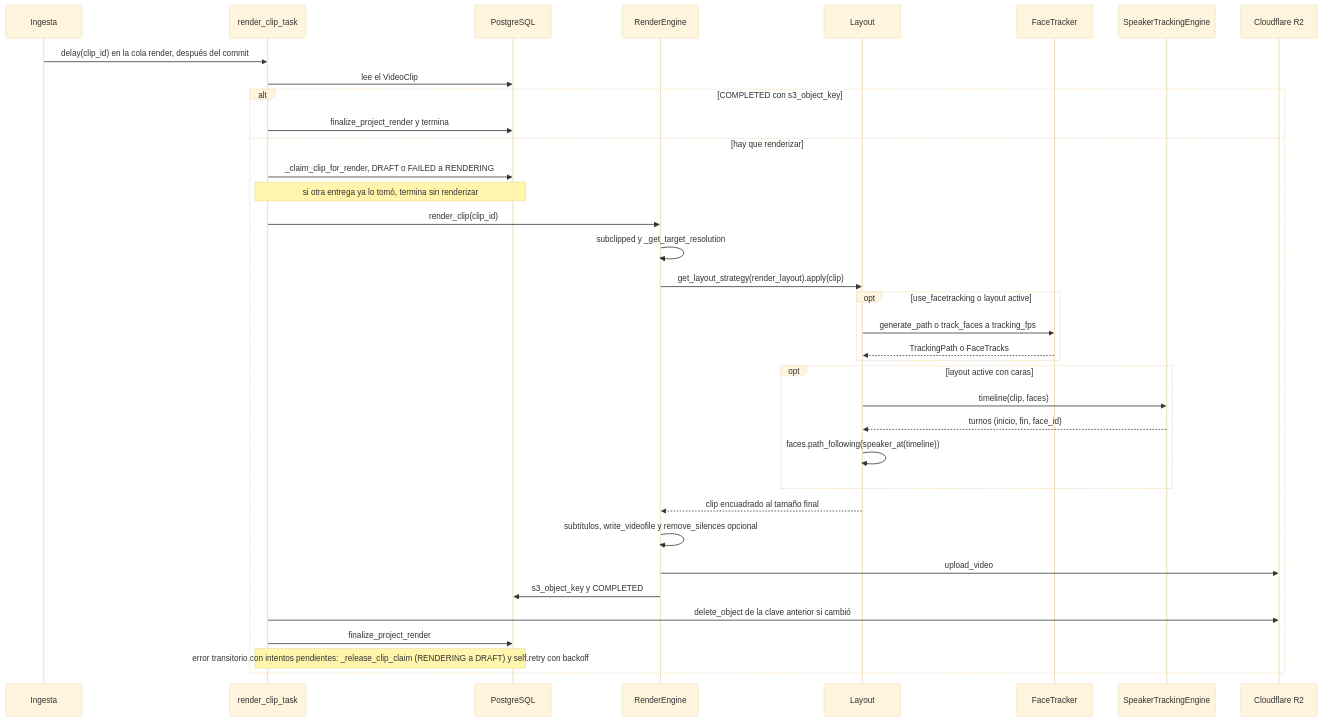
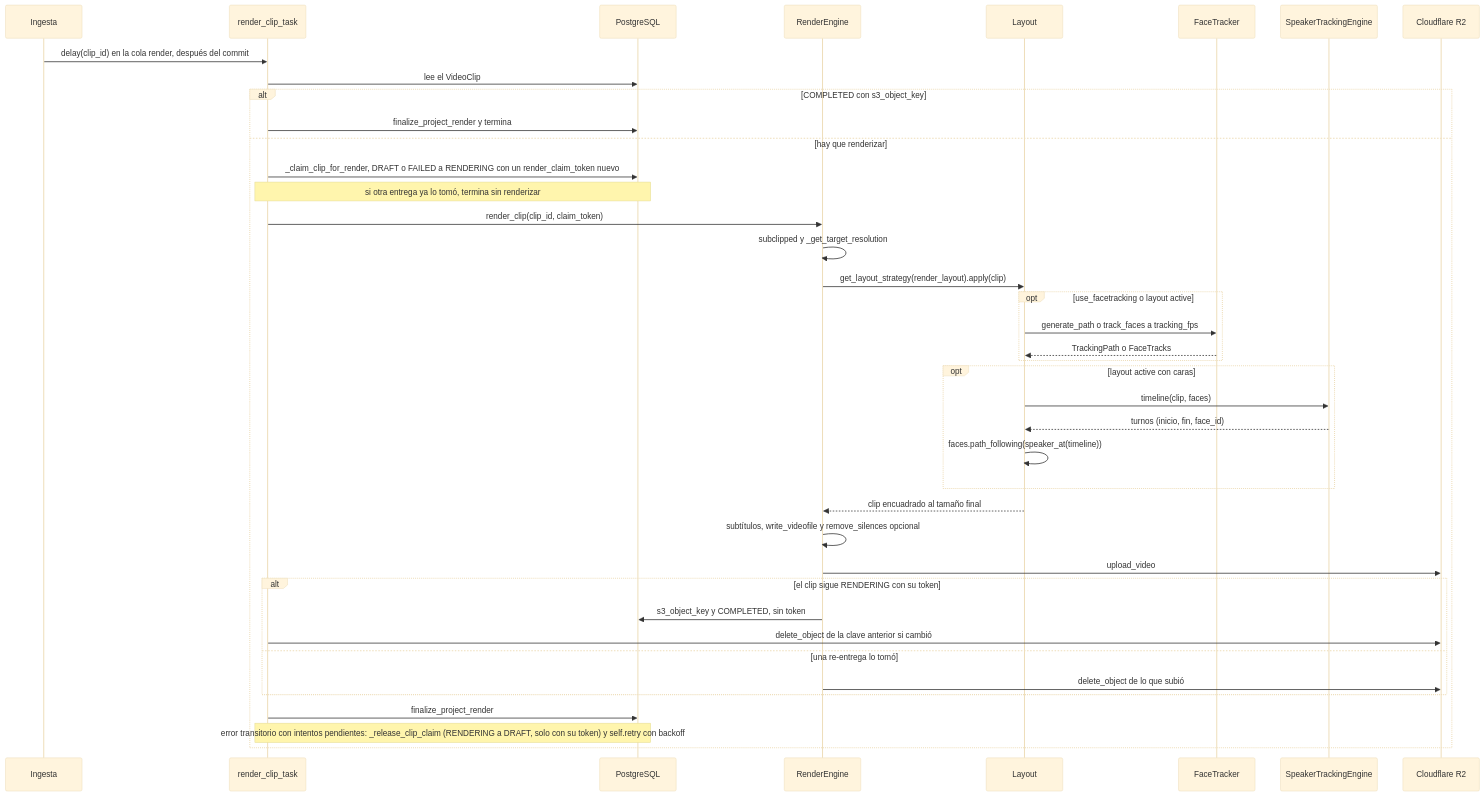
One commit to RomeKai/videoeditUTN changed the first of 4 diagrams in documents/ia/06-render-caras-y-hablante.md. Above: the diagram before and after it, drawn with Mermaid (base theme). The commit also changed other lines of this file and 14 other files, not shown here.

First line of the commit message:
fix(render): el render por clip tiene dueño y un tope de renders que no terminan

````diff
--- a/documents/ia/06-render-caras-y-hablante.md
+++ b/documents/ia/06-render-caras-y-hablante.md
@@ -27,39 +27,43 @@
 ```mermaid
 sequenceDiagram
     participant ING as Ingesta
     participant T as render_clip_task
     participant DB as PostgreSQL
     participant RE as RenderEngine
     participant L as Layout
     participant FT as FaceTracker
     participant SP as SpeakerTrackingEngine
     participant R2 as Cloudflare R2
 
     ING->>T: delay(clip_id) en la cola render, después del commit
     T->>DB: lee el VideoClip
     alt COMPLETED con s3_object_key
         T->>DB: finalize_project_render y termina
     else hay que renderizar
-        T->>DB: _claim_clip_for_render, DRAFT o FAILED a RENDERING
+        T->>DB: _claim_clip_for_render, DRAFT o FAILED a RENDERING con un render_claim_token nuevo
         Note over T,DB: si otra entrega ya lo tomó, termina sin renderizar
-        T->>RE: render_clip(clip_id)
+        T->>RE: render_clip(clip_id, claim_token)
         RE->>RE: subclipped y _get_target_resolution
         RE->>L: get_layout_strategy(render_layout).apply(clip)
         opt use_facetracking o layout active
             L->>FT: generate_path o track_faces a tracking_fps
             FT-->>L: TrackingPath o FaceTracks
         end
         opt layout active con caras
             L->>SP: timeline(clip, faces)
             SP-->>L: turnos (inicio, fin, face_id)
             L->>L: faces.path_following(speaker_at(timeline))
         end
         L-->>RE: clip encuadrado al tamaño final
         RE->>RE: subtítulos, write_videofile y remove_silences opcional
         RE->>R2: upload_video
-        RE->>DB: s3_object_key y COMPLETED
-        T->>R2: delete_object de la clave anterior si cambió
+        alt el clip sigue RENDERING con su token
+            RE->>DB: s3_object_key y COMPLETED, sin token
+            T->>R2: delete_object de la clave anterior si cambió
+        else una re-entrega lo tomó
+            RE->>R2: delete_object de lo que subió
+        end
         T->>DB: finalize_project_render
-        Note over T,DB: error transitorio con intentos pendientes: _release_clip_claim (RENDERING a DRAFT) y self.retry con backoff
+        Note over T,DB: error transitorio con intentos pendientes: _release_clip_claim (RENDERING a DRAFT, solo con su token) y self.retry con backoff
     end
 ```
````
